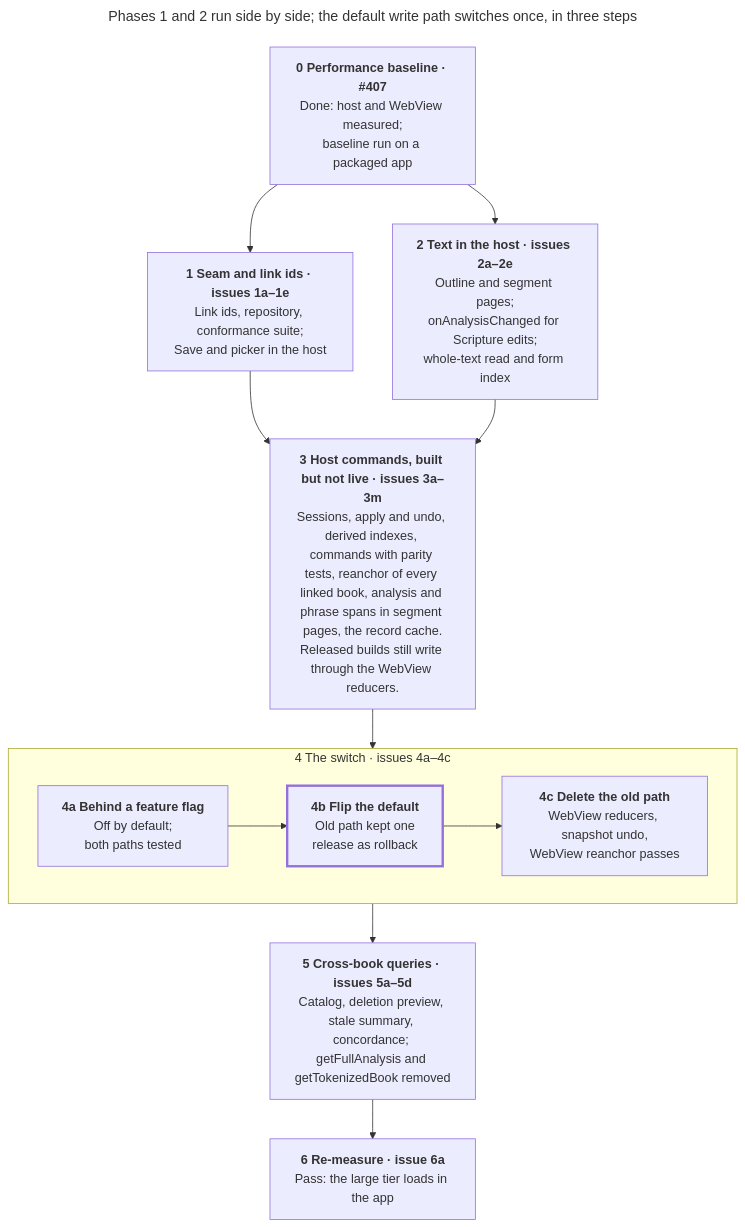
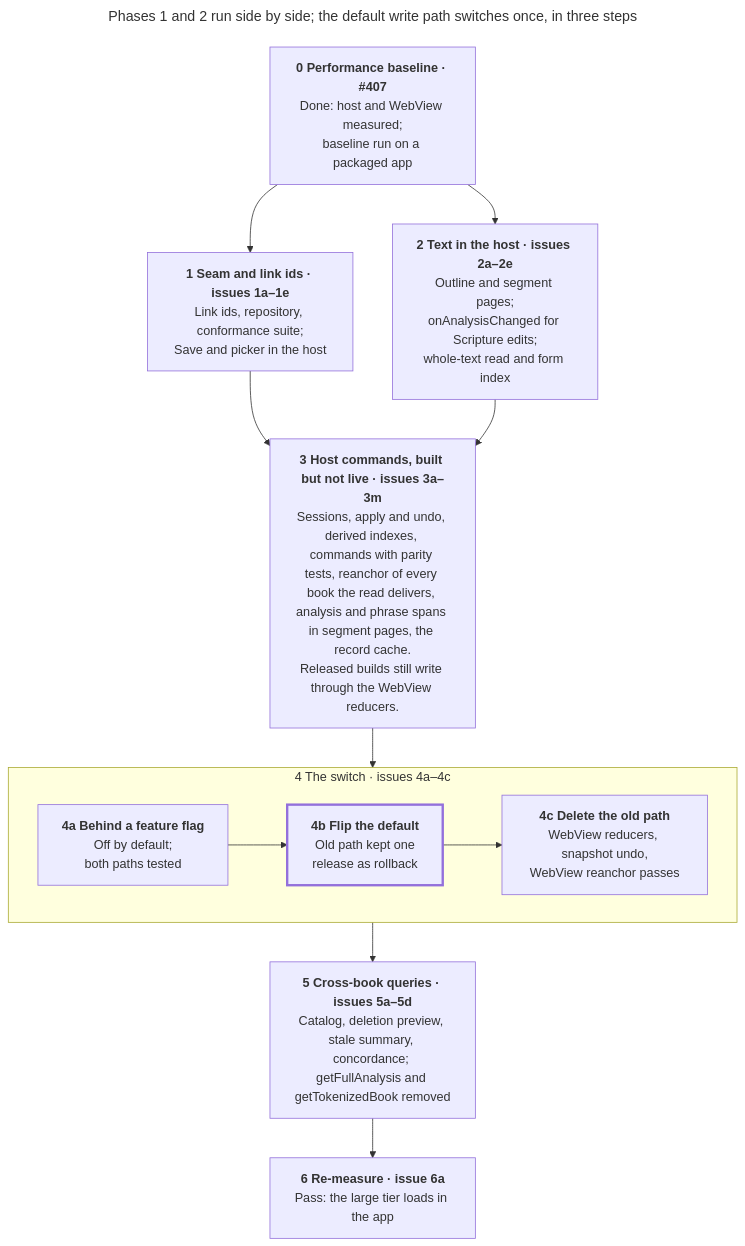
The second of 2 diagrams in docs/data-layer-plan/plan.md (sillsdev/interlinearizer-extension), drawn with Mermaid before and after one commit. The commit also changed other lines of this file and 28 other files, not shown here.

First line of the commit message:
Re-anchor every linked book in the host (#507)

````diff
--- a/docs/data-layer-plan/plan.md
+++ b/docs/data-layer-plan/plan.md
@@ -118,24 +118,24 @@
 ```mermaid
 ---
 title: Phases 1 and 2 run side by side; the default write path switches once, in three steps
 ---
 flowchart TB
   p0["<b>0 Performance baseline · #407</b><br/>Done: host and WebView measured;<br/>baseline run on a packaged app"]
   p1["<b>1 Seam and link ids · issues 1a–1e</b><br/>Link ids, repository, conformance suite;<br/>Save and picker in the host"]
   p2["<b>2 Text in the host · issues 2a–2e</b><br/>Outline and segment pages;<br/>onAnalysisChanged for Scripture edits;<br/>whole-text read and form index"]
-  p3["<b>3 Host commands, built but not live · issues 3a–3m</b><br/>Sessions, apply and undo, derived indexes, commands with parity tests, reanchor of every linked book, analysis and phrase spans in segment pages, the record cache.<br/>Released builds still write through the WebView reducers."]
+  p3["<b>3 Host commands, built but not live · issues 3a–3m</b><br/>Sessions, apply and undo, derived indexes, commands with parity tests, reanchor of every book the read delivers, analysis and phrase spans in segment pages, the record cache.<br/>Released builds still write through the WebView reducers."]
   subgraph p4["4 The switch · issues 4a–4c"]
     direction LR
     p4a["<b>4a Behind a feature flag</b><br/>Off by default;<br/>both paths tested"]
     p4b["<b>4b Flip the default</b><br/>Old path kept one<br/>release as rollback"]
     p4c["<b>4c Delete the old path</b><br/>WebView reducers, snapshot undo,<br/>WebView reanchor passes"]
     p4a --> p4b --> p4c
   end
   p5["<b>5 Cross-book queries · issues 5a–5d</b><br/>Catalog, deletion preview, stale summary, concordance; getFullAnalysis and getTokenizedBook removed"]
   p6["<b>6 Re-measure · issue 6a</b><br/>Pass: the large tier loads in the app"]
   p0 --> p1 & p2
   p1 & p2 --> p3
   p3 --> p4 --> p5 --> p6
   classDef flip stroke-width:3px
   class p4b flip
 ```
````
